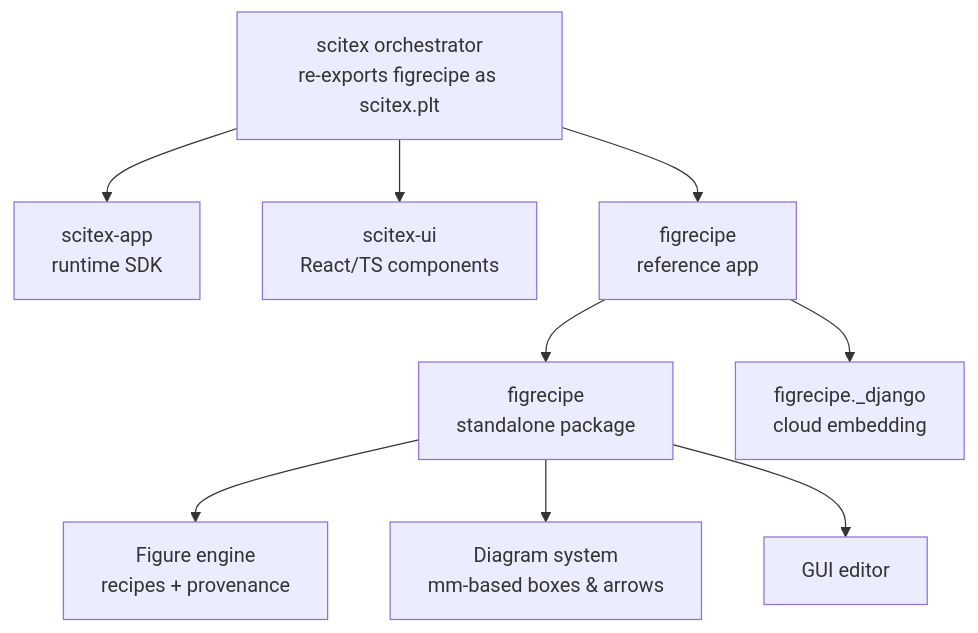
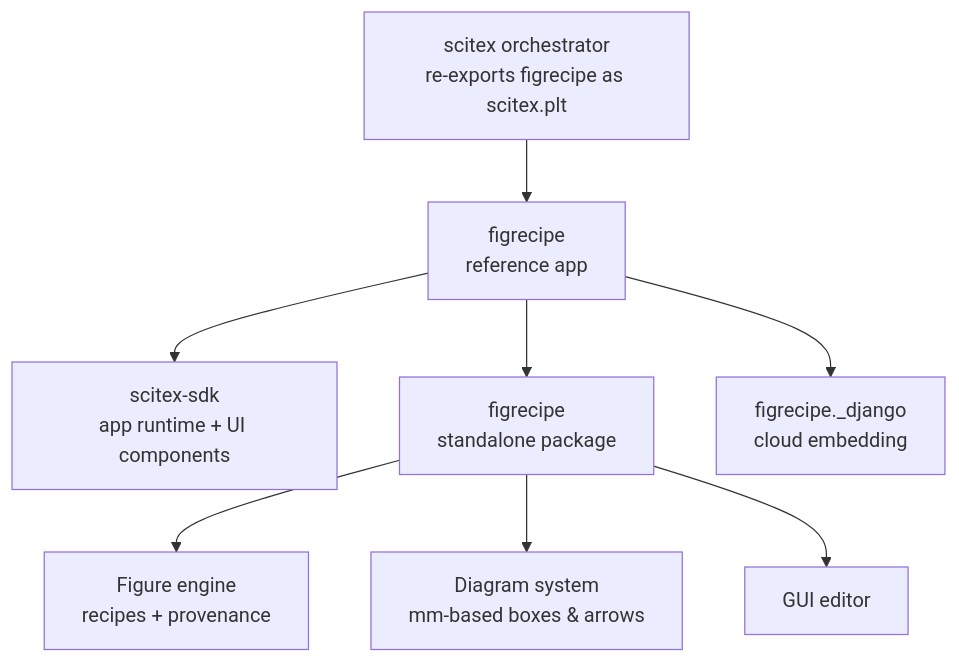
Before and after one commit to scitex-ai/figrecipe: the diagram in README.md, drawn with Mermaid. The commit also changed other lines of this file and 121 other files, not shown here.

````diff
--- a/README.md
+++ b/README.md
@@ -113,11 +117,10 @@
 ```mermaid
 flowchart TD
-    A[scitex orchestrator<br/>re-exports figrecipe as scitex.plt] --> B[scitex-app<br/>runtime SDK]
-    A --> C[scitex-ui<br/>React/TS components]
-    A --> D[figrecipe<br/>reference app]
+    A[scitex orchestrator<br/>re-exports figrecipe as scitex.plt] --> D[figrecipe<br/>reference app]
+    D --> B[scitex-sdk<br/>app runtime + UI components]
     D --> E[figrecipe<br/>standalone package]
     D --> F[figrecipe._django<br/>cloud embedding]
     E --> G[Figure engine<br/>recipes + provenance]
     E --> H[Diagram system<br/>mm-based boxes & arrows]
     E --> I[GUI editor]
 ```
````
